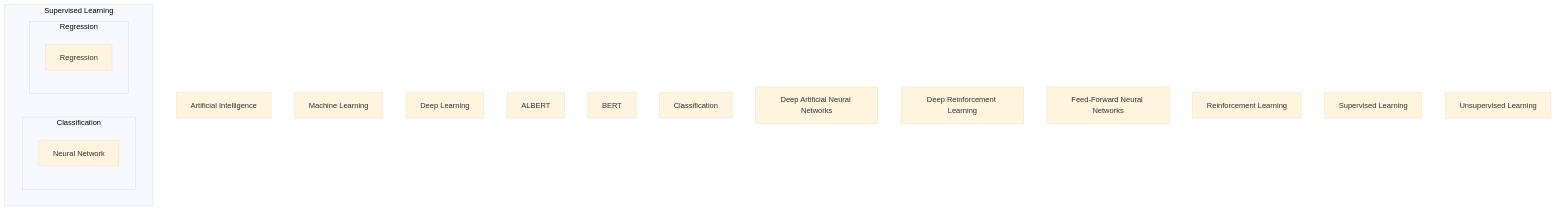
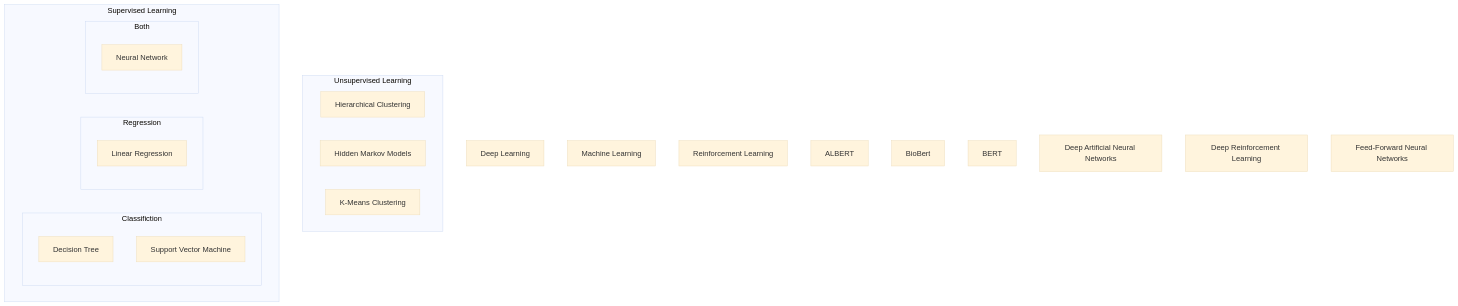
Before and after one commit to rogier-stegeman/rkb: the second of 2 diagrams in knowledge/AI.md, drawn with Mermaid (base theme). The commit also changed other lines of this file, not shown here.

````diff
--- a/knowledge/AI.md
+++ b/knowledge/AI.md
@@ -75,27 +75,48 @@
 ```mermaid
 graph TD
-  AI[Artificial Intelligence]
+  %% High Level
+  %% AI[Artificial Intelligence]
+  %% CLASS[Classification]
+  DL[Deep Learning]
   ML[Machine Learning]
-  DL[Deep Learning]
+  RL[Reinforcement Learning]
+  %% SL[Supervised Learning]
+  %% UL[Unsupervised Learning]
 
+  %% Architectures
   ALBERT[ALBERT]
+  BB[BioBert]
   BERT[BERT]
-  CLASS[Classification]
   DANN[Deep Artificial Neural Networks]
+  DT[Decision Tree]
   DRL[Deep Reinforcement Learning]
   FFNN[Feed-Forward Neural Networks]
+  LR[Linear Regression]
+  HC[Hierarchical Clustering]
+  HMM[Hidden Markov Models]
+  KC[K-Means Clustering]
   NN[Neural Network]
-  RL[Reinforcement Learning]
-  REG[Regression]
-  SL[Supervised Learning]
-  UL[Unsupervised Learning]
-
+  SVM[Support Vector Machine]
+  DL
+  DL
+  DL
+  subgraph Unsupervised Learning
+    HC
+    KC
+    HMM
+    
+  end
+  
   subgraph Supervised Learning
-    subgraph Classification
-      NN
+    subgraph Classifiction
+      SVM
+      DT
     end
     subgraph Regression
-      REG
+      LR
+    end
+    subgraph Both
+      NN
     end
   end
 ```
````
